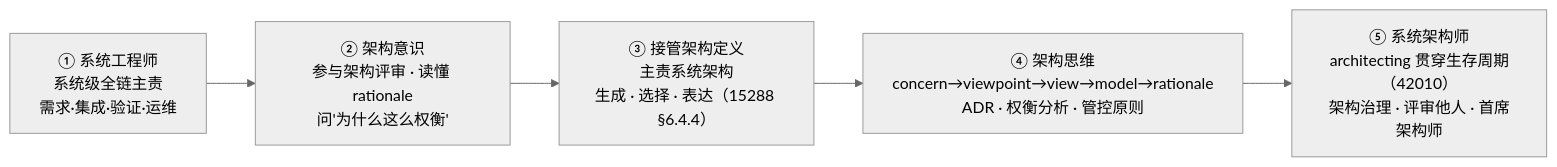
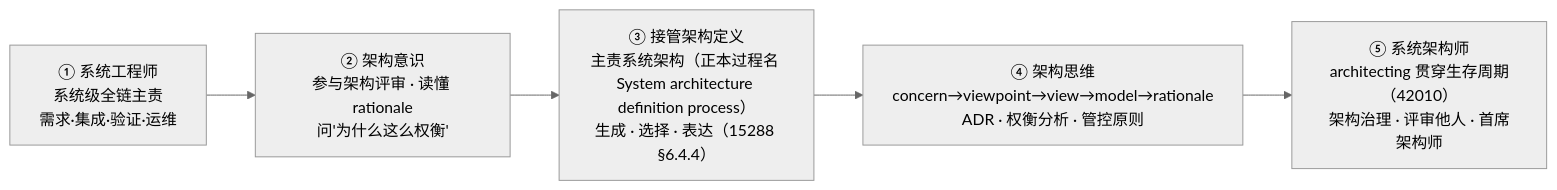
One commit to Yongjunzhou/AOS-system-design changed diagram 17 of 21 in 100-subprojects/01-系统工程研究/00-系统工程相关研究报告/13-工程角色谱系研究报告-从模块工程师到系统架构师.md. Above: the diagram before and after it, drawn with Mermaid (neutral theme). The commit also changed other lines of this file and 45 other files, not shown here.

````diff
--- a/100-subprojects/01-系统工程研究/00-系统工程相关研究报告/13-工程角色谱系研究报告-从模块工程师到系统架构师.md
+++ b/100-subprojects/01-系统工程研究/00-系统工程相关研究报告/13-工程角色谱系研究报告-从模块工程师到系统架构师.md
@@ -723,7 +724,7 @@
 ```mermaid
 flowchart LR
     S1["① 系统工程师<br/>系统级全链主责<br/>需求·集成·验证·运维"] --> S2["② 架构意识<br/>参与架构评审 · 读懂 rationale<br/>问'为什么这么权衡'"]
-    S2 --> S3["③ 接管架构定义<br/>主责系统架构<br/>生成 · 选择 · 表达（15288 §6.4.4）"]
+    S2 --> S3["③ 接管架构定义<br/>主责系统架构（正本过程名 System architecture definition process）<br/>生成 · 选择 · 表达（15288 §6.4.4）"]
     S3 --> S4["④ 架构思维<br/>concern→viewpoint→view→model→rationale<br/>ADR · 权衡分析 · 管控原则"]
     S4 --> S5["⑤ 系统架构师<br/>architecting 贯穿生存周期（42010）<br/>架构治理 · 评审他人 · 首席架构师"]
 ```
````
